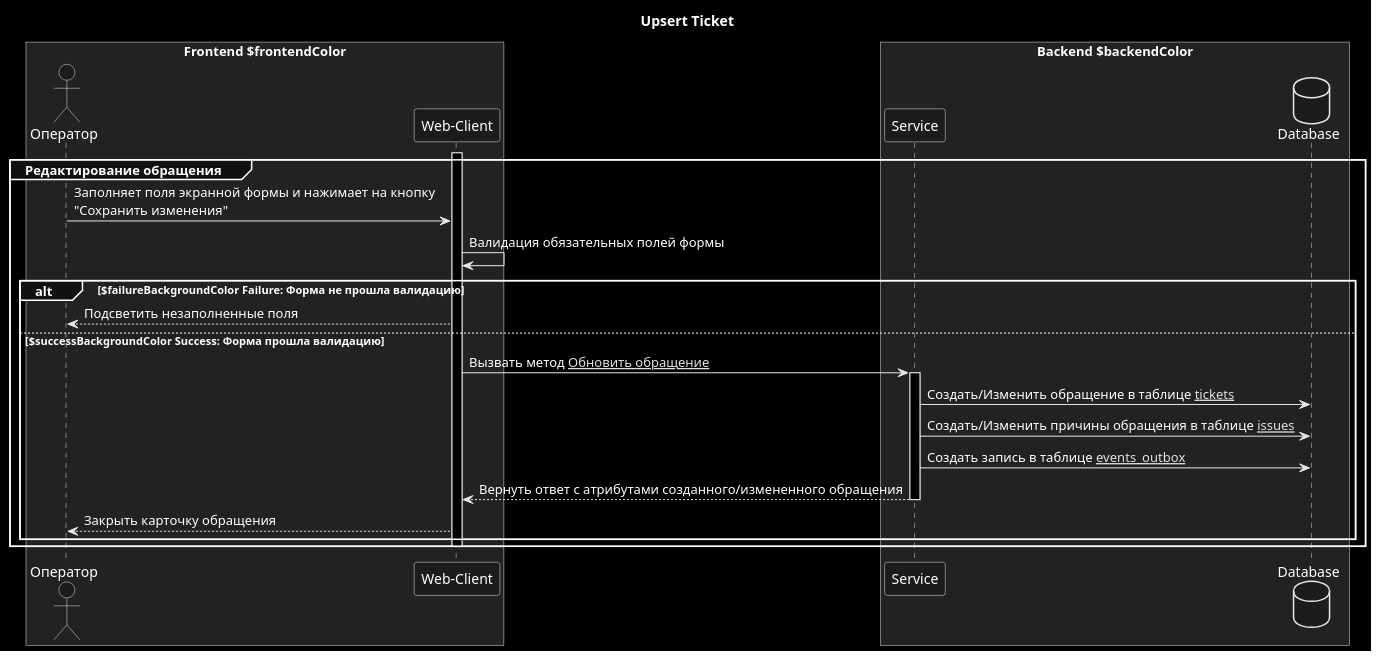
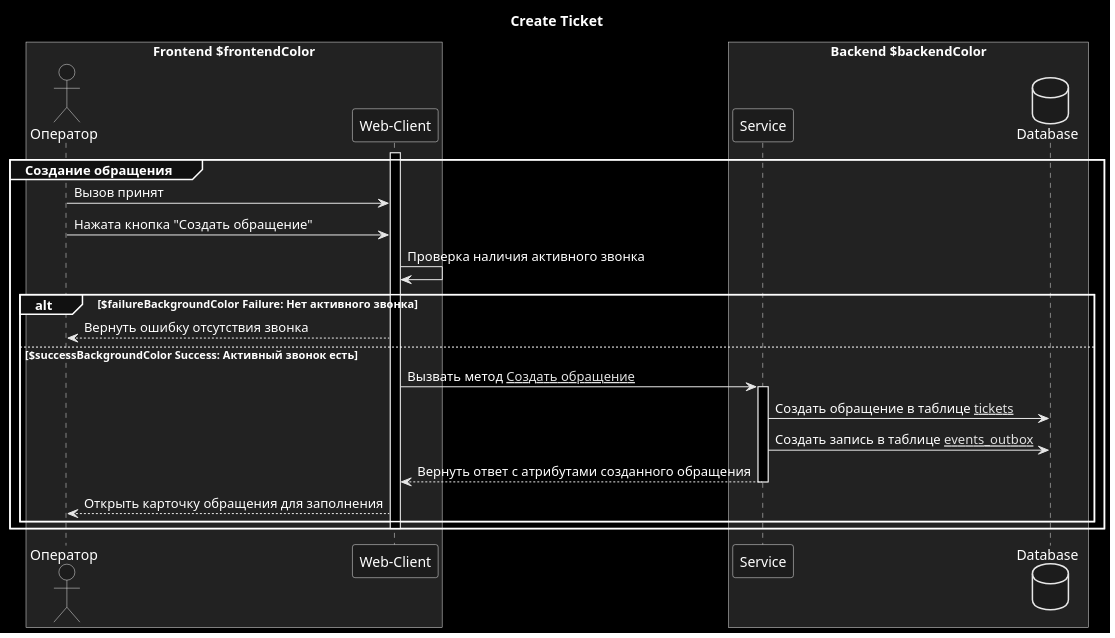
One commit to l3r8yJ/api-first-presentation changed the diagram in doc/upsert.puml. Above: the diagram before and after it, drawn with PlantUML.

```diff
--- a/doc/upsert.puml
+++ b/doc/upsert.puml
@@ -1,34 +1,36 @@
-@startuml upsert_ticket
+@startuml create_ticket
 
-title "Upsert Ticket"
 skinparam monochrome reverse
+title "Create Ticket"
 
 box Frontend $frontendColor
     actor "Оператор" as user order 10
     participant "Web-Client" as client order 20
 end box
 
 box Backend $backendColor
     participant "Service" as service order 30
     database "Database" as db order 40
 end box
 
-group Редактирование обращения
+group Создание обращения
     activate client
-        user -> client: Заполняет поля экранной формы и нажимает на кнопку\n"Сохранить изменения"
-        client -> client: Валидация обязательных полей формы
-        alt $failureBackgroundColor Failure: Форма не прошла валидацию
-            client --> user: Подсветить незаполненные поля
-        else $successBackgroundColor Success: Форма прошла валидацию
-            client -> service: Вызвать метод [[$mutationCssdTicketsUpsert Обновить обращение]]
+        user -> client: Вызов принят
+        user -> client: Нажата кнопка "Создать обращение"
+
+        client -> client: Проверка наличия активного звонка
+
+        alt $failureBackgroundColor Failure: Нет активного звонка
+            client --> user: Вернуть ошибку отсутствия звонка
+        else $successBackgroundColor Success: Активный звонок есть
+            client -> service: Вызвать метод [[$mutationCssdTicketsCreate Создать обращение]]
             activate service
-                service -> db: Создать/Изменить обращение в таблице [[$ticketsTable tickets]]
-                service -> db: Создать/Изменить причины обращения в таблице [[$issuesTable issues]]
+                service -> db: Создать обращение в таблице [[$ticketsTable tickets]]
                 service -> db: Создать запись в таблице [[$eventsOutbox events_outbox]]
-                service --> client: Вернуть ответ с атрибутами созданного/измененного обращения
+                service --> client: Вернуть ответ с атрибутами созданного обращения
             deactivate service
-            client --> user: Закрыть карточку обращения
+            client --> user: Открыть карточку обращения для заполнения
         end
     deactivate client
 end
 @enduml
```
